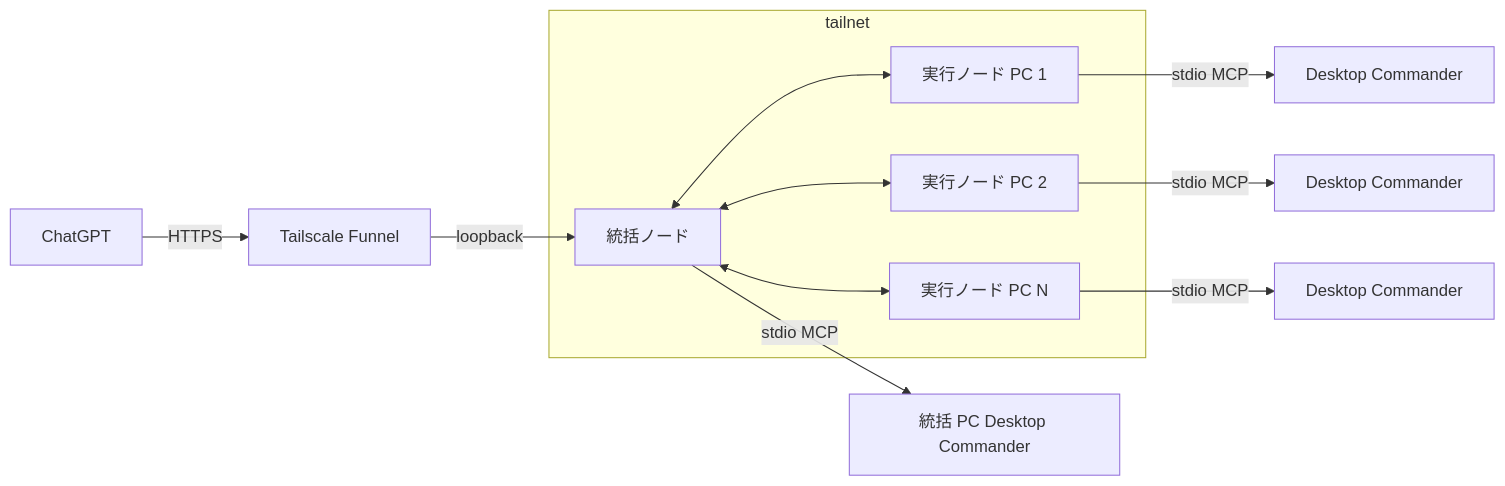
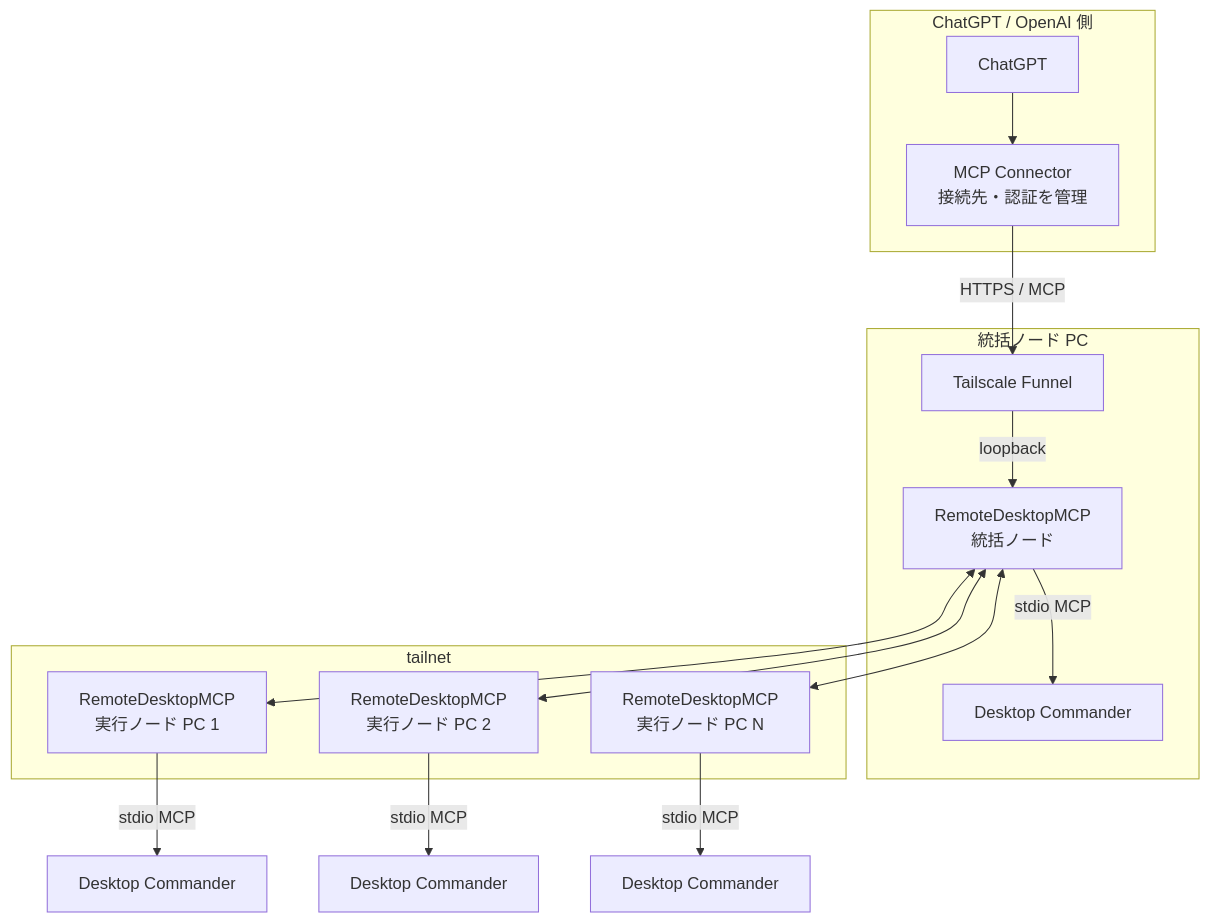
The first of 2 diagrams in doc/design/multi-pc-architecture.md (ssaattww/RemoteDesktopMCP), drawn with Mermaid before and after one commit. The commit also changed other lines of this file and 3 other files, not shown here.

````diff
--- a/doc/design/multi-pc-architecture.md
+++ b/doc/design/multi-pc-architecture.md
@@ -41,16 +41,25 @@
 ```mermaid
-flowchart LR
-    ChatGPT[ChatGPT] -->|HTTPS| Funnel[Tailscale Funnel]
-    Funnel -->|loopback| C[統括ノード]
-    C -->|stdio MCP| CD[統括 PC Desktop Commander]
+flowchart TB
+    subgraph OpenAI["ChatGPT / OpenAI 側"]
+        ChatGPT[ChatGPT]
+        Connector["MCP Connector<br/>接続先・認証を管理"]
+        ChatGPT --> Connector
+    end
+
+    Connector -->|HTTPS / MCP| Funnel[Tailscale Funnel]
+
+    subgraph CoordinatorPC["統括ノード PC"]
+        Funnel -->|loopback| C["RemoteDesktopMCP<br/>統括ノード"]
+        C -->|stdio MCP| CD[Desktop Commander]
+    end
 
     subgraph Tailnet[tailnet]
-        C <--> P1[実行ノード PC 1]
-        C <--> P2[実行ノード PC 2]
-        C <--> PN[実行ノード PC N]
+        C <--> P1["RemoteDesktopMCP<br/>実行ノード PC 1"]
+        C <--> P2["RemoteDesktopMCP<br/>実行ノード PC 2"]
+        C <--> PN["RemoteDesktopMCP<br/>実行ノード PC N"]
     end
 
     P1 -->|stdio MCP| P1D[Desktop Commander]
     P2 -->|stdio MCP| P2D[Desktop Commander]
     PN -->|stdio MCP| PND[Desktop Commander]
 ```
````
